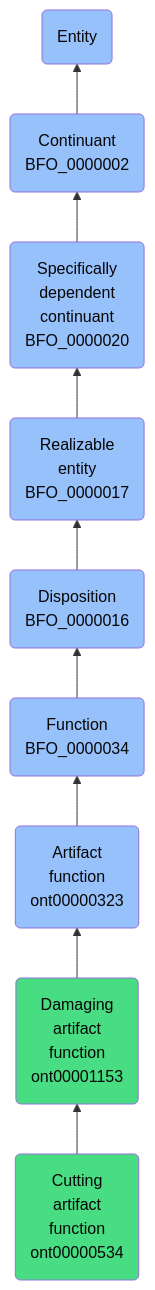
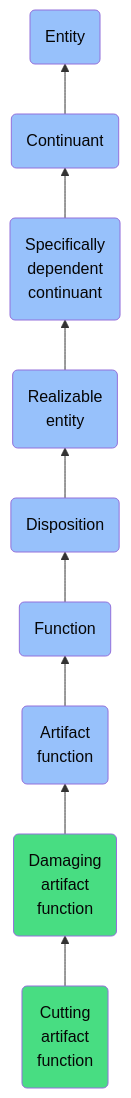
One commit to jupyter-naas/abi changed the diagram in docs/ontology/reference/model/Entity/Continuant/Specifically dependent continuant/Realizable entity/Disposition/Function/Artifact function/Damaging artifact function/Cutting artifact function/Cutting artifact function.md. Above: the diagram before and after it, drawn with Mermaid. The commit also changed other lines of this file and 1430 other files, not shown here.

````diff
--- a/docs/ontology/reference/model/Entity/Continuant/Specifically dependent continuant/Realizable entity/Disposition/Function/Artifact function/Damaging artifact function/Cutting artifact function/Cutting artifact function.md
+++ b/docs/ontology/reference/model/Entity/Continuant/Specifically dependent continuant/Realizable entity/Disposition/Function/Artifact function/Damaging artifact function/Cutting artifact function/Cutting artifact function.md
@@ -24,16 +24,16 @@
 ```mermaid
 graph BT
-    ont00000534(Cutting<br>artifact<br>function<br>ont00000534):::ABI-->ont00001153
-    ont00001153(Damaging<br>artifact<br>function<br>ont00001153):::ABI-->ont00000323
-    ont00000323(Artifact<br>function<br>ont00000323):::BFO-->BFO_0000034
-    BFO_0000034(Function<br>BFO_0000034):::BFO-->BFO_0000016
-    BFO_0000016(Disposition<br>BFO_0000016):::BFO-->BFO_0000017
-    BFO_0000017(Realizable<br>entity<br>BFO_0000017):::BFO-->BFO_0000020
-    BFO_0000020(Specifically<br>dependent<br>continuant<br>BFO_0000020):::BFO-->BFO_0000002
-    BFO_0000002(Continuant<br>BFO_0000002):::BFO-->BFO_0000001
+    ont00000534(Cutting<br>artifact<br>function):::ABI-->ont00001153
+    ont00001153(Damaging<br>artifact<br>function):::ABI-->ont00000323
+    ont00000323(Artifact<br>function):::BFO-->BFO_0000034
+    BFO_0000034(Function):::BFO-->BFO_0000016
+    BFO_0000016(Disposition):::BFO-->BFO_0000017
+    BFO_0000017(Realizable<br>entity):::BFO-->BFO_0000020
+    BFO_0000020(Specifically<br>dependent<br>continuant):::BFO-->BFO_0000002
+    BFO_0000002(Continuant):::BFO-->BFO_0000001
     BFO_0000001(Entity):::BFO
     
     classDef BFO fill:#97c1fb,color:#060606
     classDef CCO fill:#e4c51e,color:#060606
     classDef ABI fill:#48DD82,color:#060606
 ```
````
